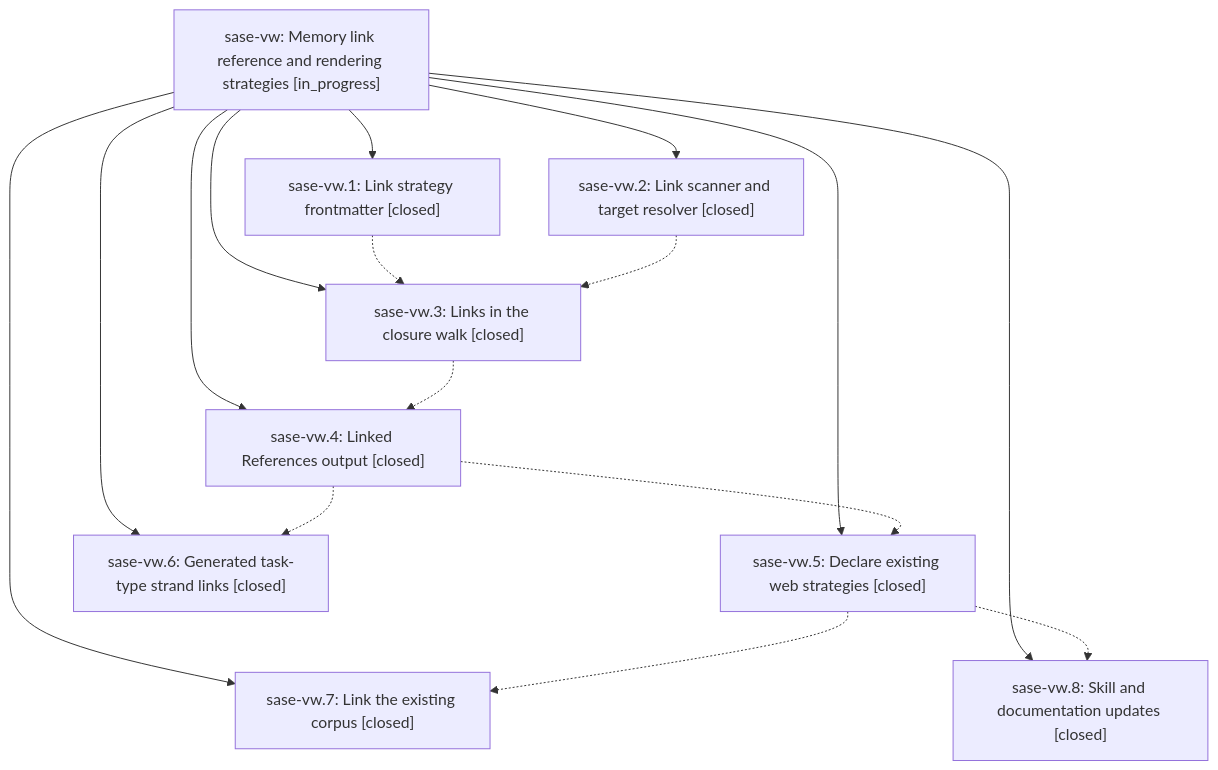
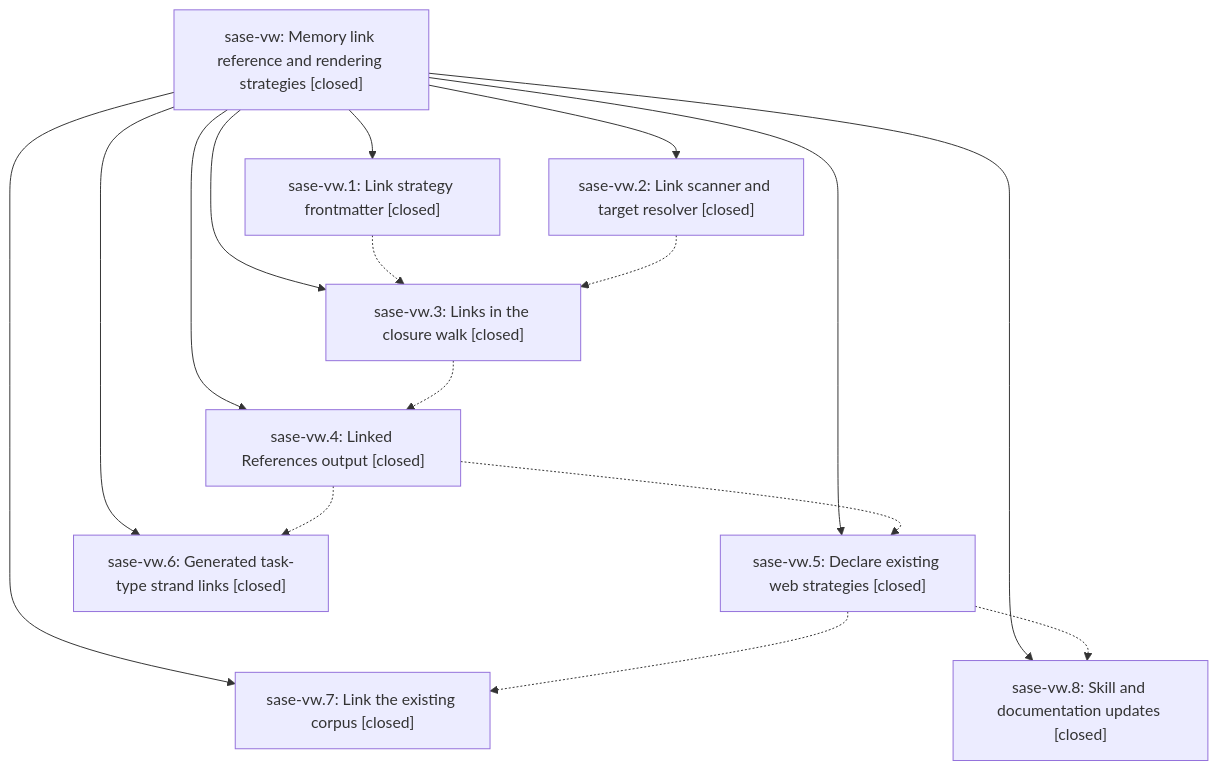
One commit to sase-org/sase--beads changed the diagram in pages/sase-vw/README.md. Above: the diagram before and after it, drawn with Mermaid. The commit also changed other lines of this file, not shown here.

First line of the commit message:
chore(beads): sync bead state and pages for sase-vw

````diff
--- a/pages/sase-vw/README.md
+++ b/pages/sase-vw/README.md
@@ -41,27 +51,27 @@
 ```mermaid
 flowchart TD
-    n0["sase-vw: Memory link reference and rendering strategies [in_progress]"]
+    n0["sase-vw: Memory link reference and rendering strategies [closed]"]
     n1["sase-vw.1: Link strategy frontmatter [closed]"]
     n2["sase-vw.2: Link scanner and target resolver [closed]"]
     n3["sase-vw.3: Links in the closure walk [closed]"]
     n4["sase-vw.4: Linked References output [closed]"]
     n5["sase-vw.5: Declare existing web strategies [closed]"]
     n6["sase-vw.6: Generated task-type strand links [closed]"]
     n7["sase-vw.7: Link the existing corpus [closed]"]
     n8["sase-vw.8: Skill and documentation updates [closed]"]
     n0 --> n1
     n0 --> n2
     n0 --> n3
     n0 --> n4
     n0 --> n5
     n0 --> n6
     n0 --> n7
     n0 --> n8
     n1 -.-> n3
     n2 -.-> n3
     n3 -.-> n4
     n4 -.-> n5
     n4 -.-> n6
     n5 -.-> n7
     n5 -.-> n8
 ```
````
